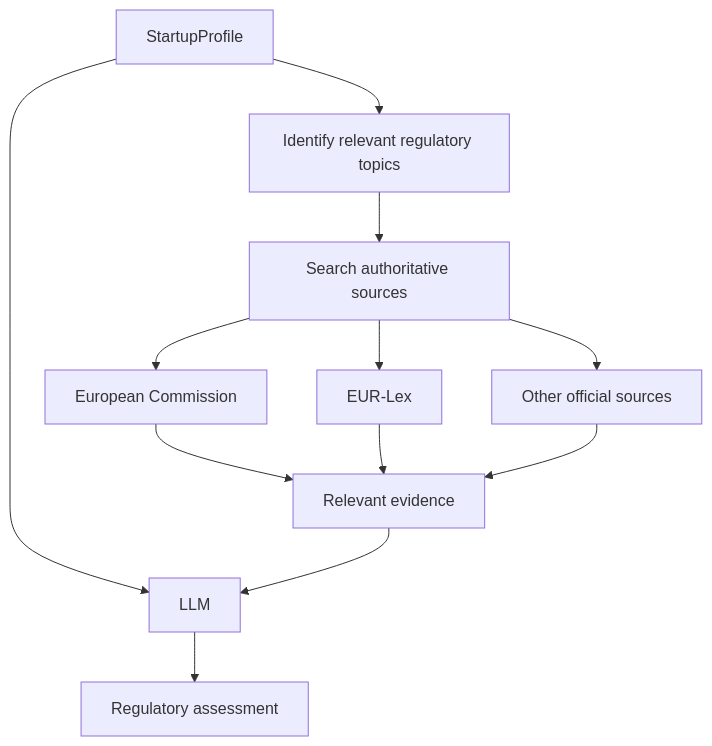
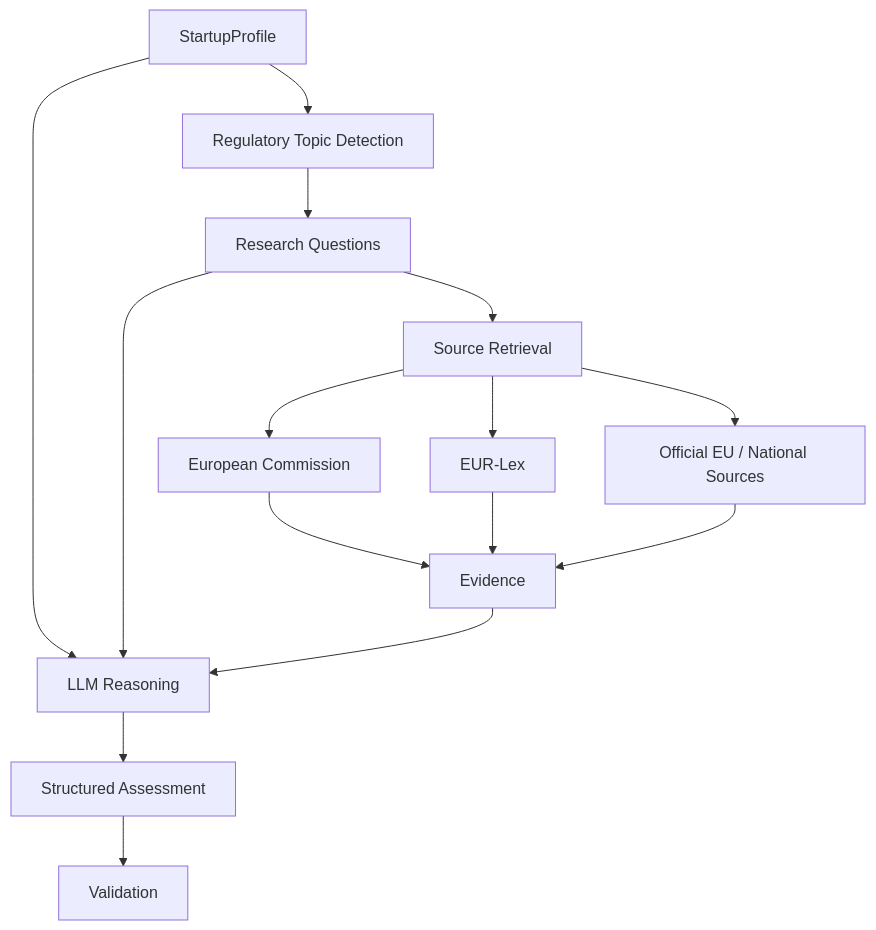
One commit to vishalsingh2972/CanIShipEU changed the third of 6 diagrams in README.md. Above: the diagram before and after it, drawn with Mermaid. The commit also changed other lines of this file, not shown here.

````diff
--- a/README.md
+++ b/README.md
@@ -354,19 +684,25 @@
 ```mermaid
 flowchart TD
-    A["StartupProfile"] --> B["Identify relevant regulatory topics"]
 
-    B --> C["Search authoritative sources"]
+    A["StartupProfile"] --> B["Regulatory Topic Detection"]
 
-    C --> D["European Commission"]
-    C --> E["EUR-Lex"]
-    C --> F["Other official sources"]
+    B --> C["Research Questions"]
 
-    D --> G["Relevant evidence"]
-    E --> G
-    F --> G
+    C --> D["Source Retrieval"]
 
-    A --> H["LLM"]
+    D --> E["European Commission"]
+    D --> F["EUR-Lex"]
+    D --> G["Official EU / National Sources"]
+
+    E --> H["Evidence"]
+    F --> H
     G --> H
 
-    H --> I["Regulatory assessment"]
+    A --> I["LLM Reasoning"]
+    C --> I
+    H --> I
+
+    I --> J["Structured Assessment"]
+
+    J --> K["Validation"]
 ```
````
